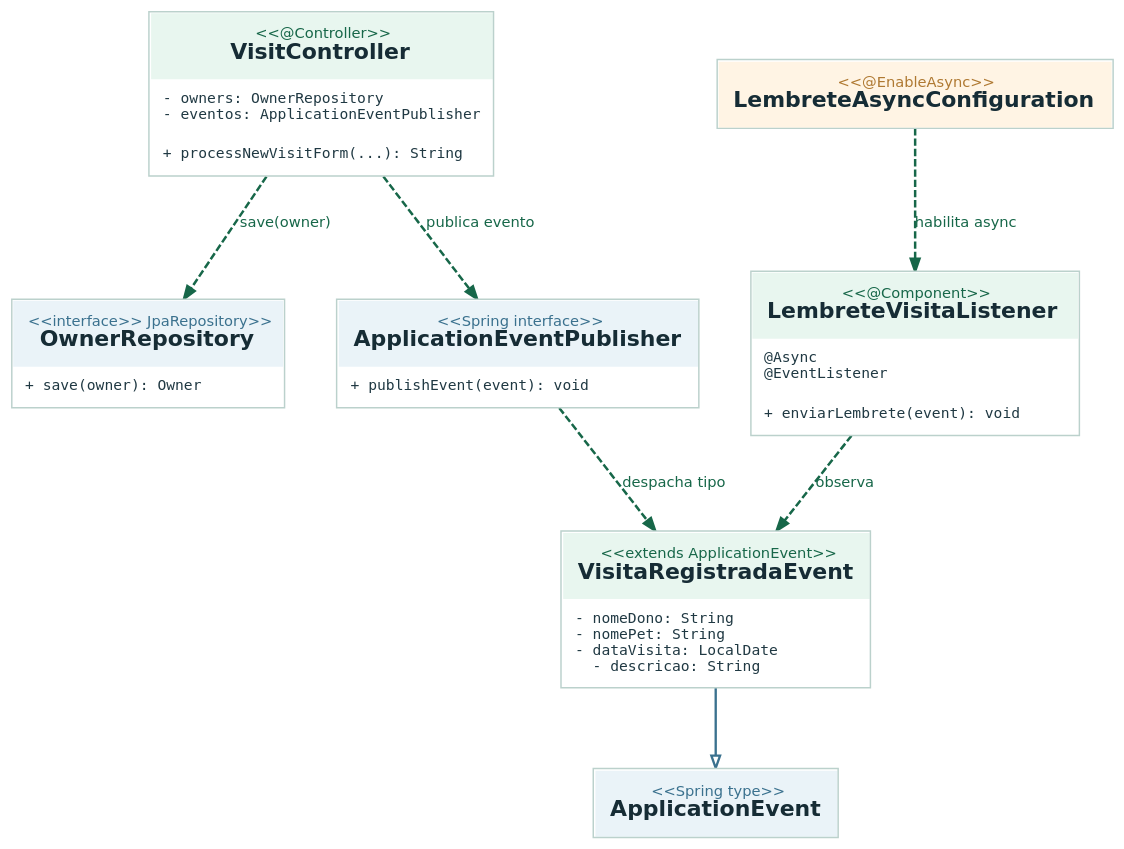
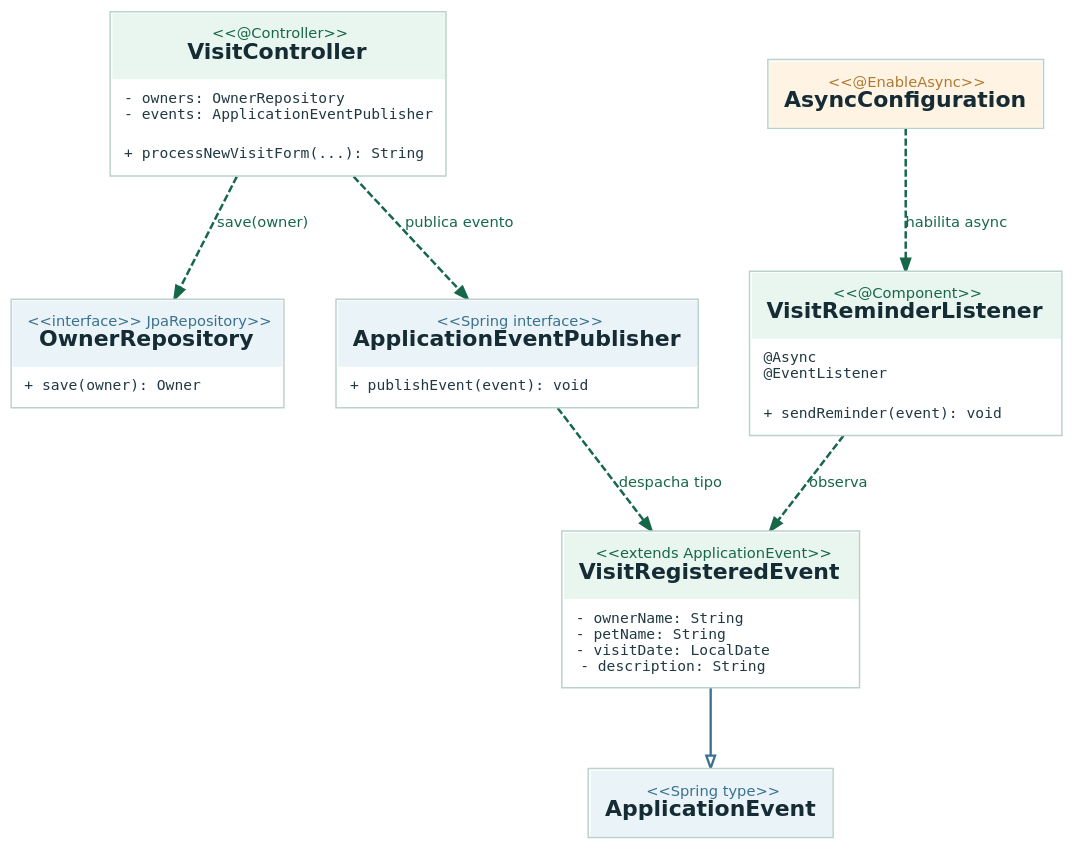
The diagram in docs/uml/dot/06_classes_observer.dot (GabrielKayran/spring-petclinic), drawn with Graphviz before and after one commit. The commit also changed 115 other files, not shown here.

```diff
--- a/docs/uml/dot/06_classes_observer.dot
+++ b/docs/uml/dot/06_classes_observer.dot
@@ -1,18 +1,18 @@
 digraph G {
   graph [rankdir=TB, bgcolor="transparent", pad="0.32", nodesep=.48, ranksep=.75, splines=polyline, outputorder=edgesfirst, fontname="DejaVu Sans", fontsize=12];
   node [shape=plain, fontname="DejaVu Sans"];
   edge [color="#5C7280", fontname="DejaVu Sans", fontsize=10, arrowsize=.85, penwidth=1.3];
-  VC [label=<<TABLE BORDER="1" CELLBORDER="0" CELLSPACING="0" CELLPADDING="1" COLOR="#BBD1CC" BGCOLOR="#FFFFFF"><TR><TD BGCOLOR="#E8F6EF" CELLPADDING="10" ALIGN="CENTER"><FONT FACE="DejaVu Sans" COLOR="#176749" POINT-SIZE="10">&lt;&lt;@Controller&gt;&gt;</FONT><BR/><FONT FACE="DejaVu Sans" COLOR="#162C35" POINT-SIZE="15"><B>VisitController</B></FONT></TD></TR><TR><TD ALIGN="LEFT" CELLPADDING="8"><FONT FACE="DejaVu Sans Mono" POINT-SIZE="10" COLOR="#203943">- owners: OwnerRepository<BR ALIGN="LEFT"/>- eventos: ApplicationEventPublisher</FONT></TD></TR><TR><TD ALIGN="LEFT" CELLPADDING="8"><FONT FACE="DejaVu Sans Mono" POINT-SIZE="10" COLOR="#203943">+ processNewVisitForm(...): String</FONT></TD></TR></TABLE>>];
+  VC [label=<<TABLE BORDER="1" CELLBORDER="0" CELLSPACING="0" CELLPADDING="1" COLOR="#BBD1CC" BGCOLOR="#FFFFFF"><TR><TD BGCOLOR="#E8F6EF" CELLPADDING="10" ALIGN="CENTER"><FONT FACE="DejaVu Sans" COLOR="#176749" POINT-SIZE="10">&lt;&lt;@Controller&gt;&gt;</FONT><BR/><FONT FACE="DejaVu Sans" COLOR="#162C35" POINT-SIZE="15"><B>VisitController</B></FONT></TD></TR><TR><TD ALIGN="LEFT" CELLPADDING="8"><FONT FACE="DejaVu Sans Mono" POINT-SIZE="10" COLOR="#203943">- owners: OwnerRepository<BR ALIGN="LEFT"/>- events: ApplicationEventPublisher</FONT></TD></TR><TR><TD ALIGN="LEFT" CELLPADDING="8"><FONT FACE="DejaVu Sans Mono" POINT-SIZE="10" COLOR="#203943">+ processNewVisitForm(...): String</FONT></TD></TR></TABLE>>];
   REPO [label=<<TABLE BORDER="1" CELLBORDER="0" CELLSPACING="0" CELLPADDING="1" COLOR="#BBD1CC" BGCOLOR="#FFFFFF"><TR><TD BGCOLOR="#EAF3F8" CELLPADDING="10" ALIGN="CENTER"><FONT FACE="DejaVu Sans" COLOR="#3A718E" POINT-SIZE="10">&lt;&lt;interface&gt;&gt; JpaRepository&gt;&gt;</FONT><BR/><FONT FACE="DejaVu Sans" COLOR="#162C35" POINT-SIZE="15"><B>OwnerRepository</B></FONT></TD></TR><TR><TD ALIGN="LEFT" CELLPADDING="8"><FONT FACE="DejaVu Sans Mono" POINT-SIZE="10" COLOR="#203943">+ save(owner): Owner</FONT></TD></TR></TABLE>>];
   PUB [label=<<TABLE BORDER="1" CELLBORDER="0" CELLSPACING="0" CELLPADDING="1" COLOR="#BBD1CC" BGCOLOR="#FFFFFF"><TR><TD BGCOLOR="#EAF3F8" CELLPADDING="10" ALIGN="CENTER"><FONT FACE="DejaVu Sans" COLOR="#3A718E" POINT-SIZE="10">&lt;&lt;Spring interface&gt;&gt;</FONT><BR/><FONT FACE="DejaVu Sans" COLOR="#162C35" POINT-SIZE="15"><B>ApplicationEventPublisher</B></FONT></TD></TR><TR><TD ALIGN="LEFT" CELLPADDING="8"><FONT FACE="DejaVu Sans Mono" POINT-SIZE="10" COLOR="#203943">+ publishEvent(event): void</FONT></TD></TR></TABLE>>];
-  EVT [label=<<TABLE BORDER="1" CELLBORDER="0" CELLSPACING="0" CELLPADDING="1" COLOR="#BBD1CC" BGCOLOR="#FFFFFF"><TR><TD BGCOLOR="#E8F6EF" CELLPADDING="10" ALIGN="CENTER"><FONT FACE="DejaVu Sans" COLOR="#176749" POINT-SIZE="10">&lt;&lt;extends ApplicationEvent&gt;&gt;</FONT><BR/><FONT FACE="DejaVu Sans" COLOR="#162C35" POINT-SIZE="15"><B>VisitaRegistradaEvent</B></FONT></TD></TR><TR><TD ALIGN="LEFT" CELLPADDING="8"><FONT FACE="DejaVu Sans Mono" POINT-SIZE="10" COLOR="#203943">- nomeDono: String<BR ALIGN="LEFT"/>- nomePet: String<BR ALIGN="LEFT"/>- dataVisita: LocalDate<BR ALIGN="LEFT"/>- descricao: String</FONT></TD></TR></TABLE>>];
-  L [label=<<TABLE BORDER="1" CELLBORDER="0" CELLSPACING="0" CELLPADDING="1" COLOR="#BBD1CC" BGCOLOR="#FFFFFF"><TR><TD BGCOLOR="#E8F6EF" CELLPADDING="10" ALIGN="CENTER"><FONT FACE="DejaVu Sans" COLOR="#176749" POINT-SIZE="10">&lt;&lt;@Component&gt;&gt;</FONT><BR/><FONT FACE="DejaVu Sans" COLOR="#162C35" POINT-SIZE="15"><B>LembreteVisitaListener</B></FONT></TD></TR><TR><TD ALIGN="LEFT" CELLPADDING="8"><FONT FACE="DejaVu Sans Mono" POINT-SIZE="10" COLOR="#203943">@Async<BR ALIGN="LEFT"/>@EventListener</FONT></TD></TR><TR><TD ALIGN="LEFT" CELLPADDING="8"><FONT FACE="DejaVu Sans Mono" POINT-SIZE="10" COLOR="#203943">+ enviarLembrete(event): void</FONT></TD></TR></TABLE>>];
-  CONF [label=<<TABLE BORDER="1" CELLBORDER="0" CELLSPACING="0" CELLPADDING="1" COLOR="#BBD1CC" BGCOLOR="#FFFFFF"><TR><TD BGCOLOR="#FFF4E4" CELLPADDING="10" ALIGN="CENTER"><FONT FACE="DejaVu Sans" COLOR="#AF7932" POINT-SIZE="10">&lt;&lt;@EnableAsync&gt;&gt;</FONT><BR/><FONT FACE="DejaVu Sans" COLOR="#162C35" POINT-SIZE="15"><B>LembreteAsyncConfiguration</B></FONT></TD></TR></TABLE>>];
+  EVT [label=<<TABLE BORDER="1" CELLBORDER="0" CELLSPACING="0" CELLPADDING="1" COLOR="#BBD1CC" BGCOLOR="#FFFFFF"><TR><TD BGCOLOR="#E8F6EF" CELLPADDING="10" ALIGN="CENTER"><FONT FACE="DejaVu Sans" COLOR="#176749" POINT-SIZE="10">&lt;&lt;extends ApplicationEvent&gt;&gt;</FONT><BR/><FONT FACE="DejaVu Sans" COLOR="#162C35" POINT-SIZE="15"><B>VisitRegisteredEvent</B></FONT></TD></TR><TR><TD ALIGN="LEFT" CELLPADDING="8"><FONT FACE="DejaVu Sans Mono" POINT-SIZE="10" COLOR="#203943">- ownerName: String<BR ALIGN="LEFT"/>- petName: String<BR ALIGN="LEFT"/>- visitDate: LocalDate<BR ALIGN="LEFT"/>- description: String</FONT></TD></TR></TABLE>>];
+  L [label=<<TABLE BORDER="1" CELLBORDER="0" CELLSPACING="0" CELLPADDING="1" COLOR="#BBD1CC" BGCOLOR="#FFFFFF"><TR><TD BGCOLOR="#E8F6EF" CELLPADDING="10" ALIGN="CENTER"><FONT FACE="DejaVu Sans" COLOR="#176749" POINT-SIZE="10">&lt;&lt;@Component&gt;&gt;</FONT><BR/><FONT FACE="DejaVu Sans" COLOR="#162C35" POINT-SIZE="15"><B>VisitReminderListener</B></FONT></TD></TR><TR><TD ALIGN="LEFT" CELLPADDING="8"><FONT FACE="DejaVu Sans Mono" POINT-SIZE="10" COLOR="#203943">@Async<BR ALIGN="LEFT"/>@EventListener</FONT></TD></TR><TR><TD ALIGN="LEFT" CELLPADDING="8"><FONT FACE="DejaVu Sans Mono" POINT-SIZE="10" COLOR="#203943">+ sendReminder(event): void</FONT></TD></TR></TABLE>>];
+  CONF [label=<<TABLE BORDER="1" CELLBORDER="0" CELLSPACING="0" CELLPADDING="1" COLOR="#BBD1CC" BGCOLOR="#FFFFFF"><TR><TD BGCOLOR="#FFF4E4" CELLPADDING="10" ALIGN="CENTER"><FONT FACE="DejaVu Sans" COLOR="#AF7932" POINT-SIZE="10">&lt;&lt;@EnableAsync&gt;&gt;</FONT><BR/><FONT FACE="DejaVu Sans" COLOR="#162C35" POINT-SIZE="15"><B>AsyncConfiguration</B></FONT></TD></TR></TABLE>>];
   AppEvent [label=<<TABLE BORDER="1" CELLBORDER="0" CELLSPACING="0" CELLPADDING="1" COLOR="#BBD1CC" BGCOLOR="#FFFFFF"><TR><TD BGCOLOR="#EAF3F8" CELLPADDING="10" ALIGN="CENTER"><FONT FACE="DejaVu Sans" COLOR="#3A718E" POINT-SIZE="10">&lt;&lt;Spring type&gt;&gt;</FONT><BR/><FONT FACE="DejaVu Sans" COLOR="#162C35" POINT-SIZE="15"><B>ApplicationEvent</B></FONT></TD></TR></TABLE>>];
   VC -> REPO [label="save(owner)",color="#176749",fontcolor="#176749",style=dashed,penwidth=1.7];
   VC -> PUB [label="publica evento",color="#176749",fontcolor="#176749",style=dashed,penwidth=1.7];
   PUB -> EVT [label="despacha tipo",color="#176749",fontcolor="#176749",style=dashed,penwidth=1.7];
   L -> EVT [label="observa",color="#176749",fontcolor="#176749",style=dashed,penwidth=1.7];
   CONF -> L [label="habilita async",color="#176749",fontcolor="#176749",style=dashed,penwidth=1.7];
   EVT -> AppEvent [arrowhead=empty,penwidth=1.6,color="#3A718E"];
 }
```
